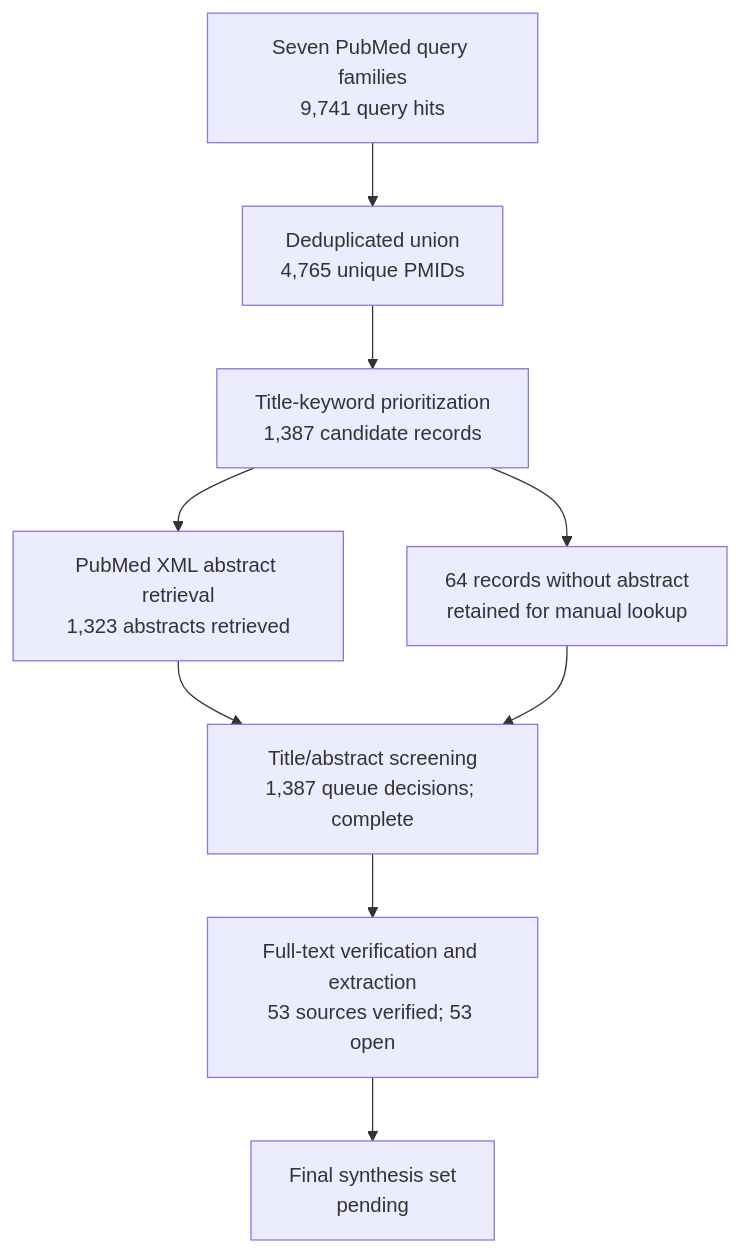
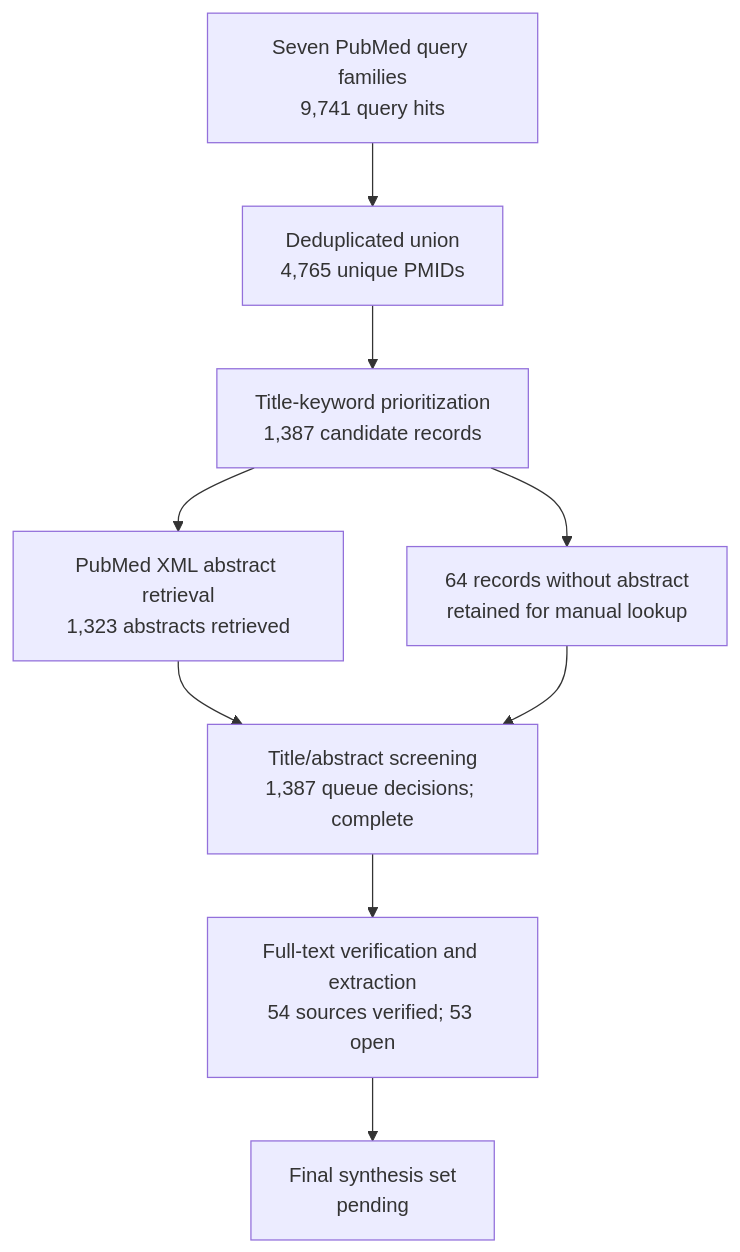
One commit to dcmcshan/artemisia changed the diagram in manuscript/review-flow.md. Above: the diagram before and after it, drawn with Mermaid. The commit also changed other lines of this file and 17 other files, not shown here.

````diff
--- a/manuscript/review-flow.md
+++ b/manuscript/review-flow.md
@@ -5,11 +5,11 @@
 ```mermaid
 flowchart TB
   Q[Seven PubMed query families<br/>9,741 query hits] --> U[Deduplicated union<br/>4,765 unique PMIDs]
   U --> T[Title-keyword prioritization<br/>1,387 candidate records]
   T --> A[PubMed XML abstract retrieval<br/>1,323 abstracts retrieved]
   T --> N[64 records without abstract<br/>retained for manual lookup]
   A --> M[Title/abstract screening<br/>1,387 queue decisions; complete]
   N --> M
-  M --> F[Full-text verification and extraction<br/>53 sources verified; 53 open]
+  M --> F[Full-text verification and extraction<br/>54 sources verified; 53 open]
   F --> S[Final synthesis set<br/>pending]
 ```
````
